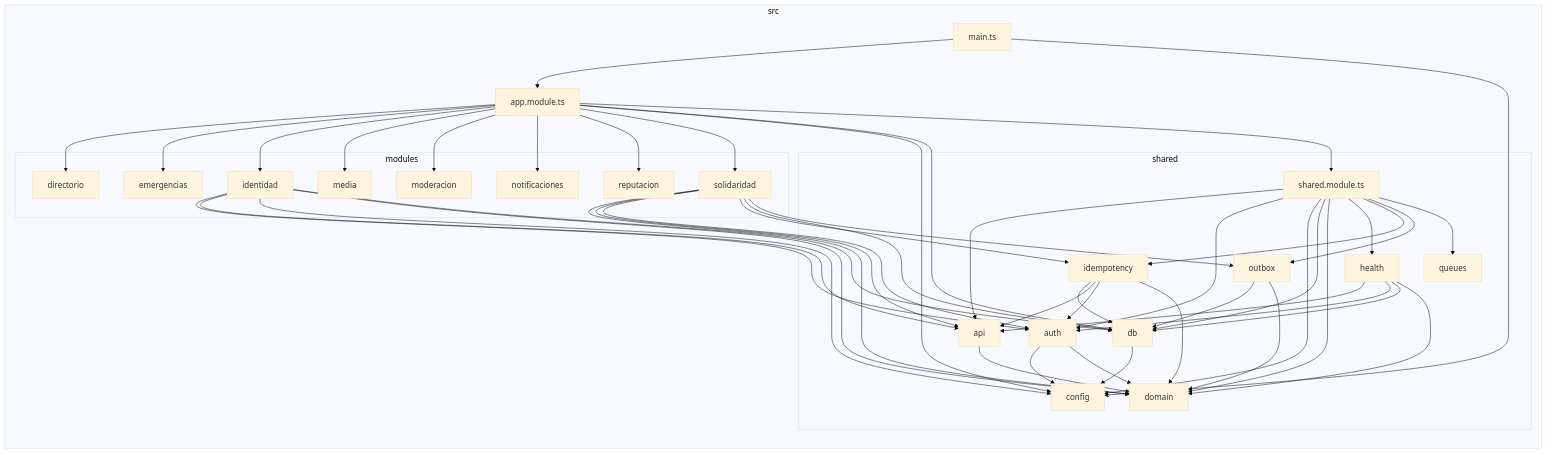
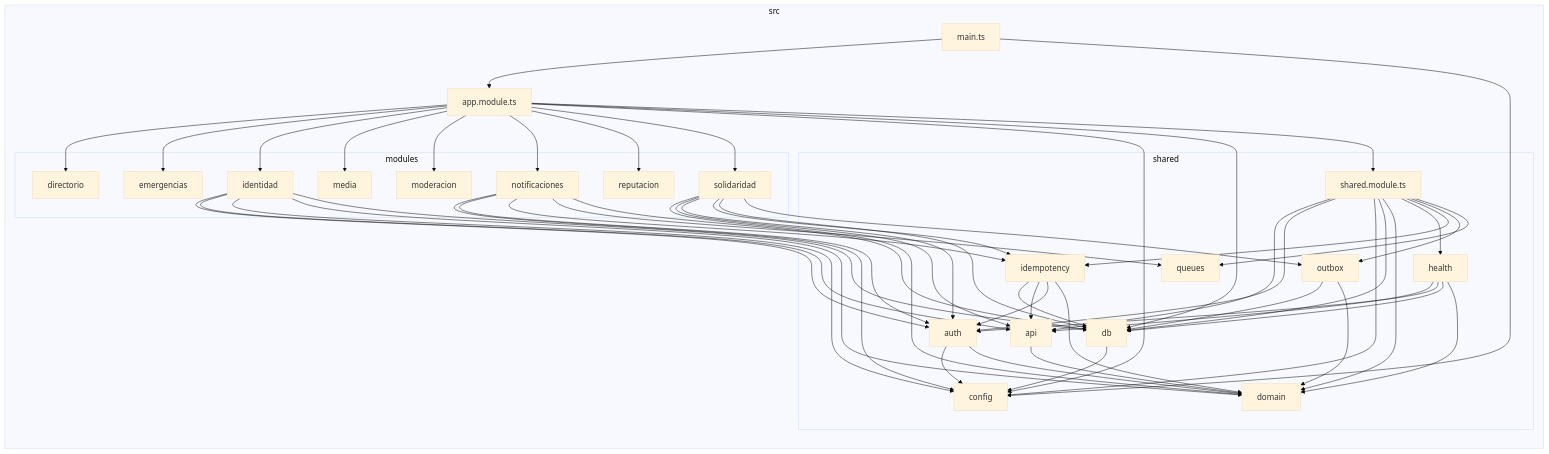
Before and after one commit to stefanods29/Hackathon-ElComercio-Shabat-Shalom: the diagram in docs/grafos/dependencias-backend.md, drawn with Mermaid (base theme). The commit also changed 6 other files, not shown here.

````diff
--- a/docs/grafos/dependencias-backend.md
+++ b/docs/grafos/dependencias-backend.md
@@ -7,77 +7,82 @@
 ```mermaid
 flowchart LR
 
 subgraph src["src"]
   src_app_module_ts["app.module.ts"]
   src_main_ts["main.ts"]
   subgraph src_modules["modules"]
     src_modules_directorio["directorio"]
     src_modules_emergencias["emergencias"]
     src_modules_identidad["identidad"]
     src_modules_media["media"]
     src_modules_moderacion["moderacion"]
     src_modules_notificaciones["notificaciones"]
     src_modules_reputacion["reputacion"]
     src_modules_solidaridad["solidaridad"]
   end
   subgraph src_shared["shared"]
     src_shared_api["api"]
     src_shared_auth["auth"]
     src_shared_config["config"]
     src_shared_db["db"]
     src_shared_domain["domain"]
     src_shared_health["health"]
     src_shared_idempotency["idempotency"]
     src_shared_outbox["outbox"]
     src_shared_queues["queues"]
     src_shared_shared_module_ts["shared.module.ts"]
   end
 end
 src_app_module_ts-->src_modules_directorio
 src_app_module_ts-->src_modules_emergencias
 src_app_module_ts-->src_modules_identidad
 src_app_module_ts-->src_modules_media
 src_app_module_ts-->src_modules_moderacion
 src_app_module_ts-->src_modules_notificaciones
 src_app_module_ts-->src_modules_reputacion
 src_app_module_ts-->src_modules_solidaridad
 src_app_module_ts-->src_shared_config
 src_app_module_ts-->src_shared_db
 src_app_module_ts-->src_shared_shared_module_ts
 src_main_ts-->src_app_module_ts
 src_main_ts-->src_shared_config
 src_modules_identidad-->src_shared_auth
 src_modules_identidad-->src_shared_api
 src_modules_identidad-->src_shared_config
 src_modules_identidad-->src_shared_domain
 src_modules_identidad-->src_shared_db
+src_modules_notificaciones-->src_shared_config
+src_modules_notificaciones-->src_shared_auth
+src_modules_notificaciones-->src_shared_idempotency
+src_modules_notificaciones-->src_shared_queues
+src_modules_notificaciones-->src_shared_db
 src_modules_solidaridad-->src_shared_domain
 src_modules_solidaridad-->src_shared_api
 src_modules_solidaridad-->src_shared_auth
 src_modules_solidaridad-->src_shared_idempotency
 src_modules_solidaridad-->src_shared_db
 src_modules_solidaridad-->src_shared_outbox
 src_shared_api-->src_shared_domain
 src_shared_auth-->src_shared_config
 src_shared_auth-->src_shared_domain
 src_shared_db-->src_shared_config
 src_shared_health-->src_shared_api
 src_shared_health-->src_shared_auth
 src_shared_health-->src_shared_db
 src_shared_health-->src_shared_domain
 src_shared_idempotency-->src_shared_db
 src_shared_idempotency-->src_shared_api
 src_shared_idempotency-->src_shared_auth
 src_shared_idempotency-->src_shared_domain
 src_shared_outbox-->src_shared_db
 src_shared_outbox-->src_shared_domain
 src_shared_shared_module_ts-->src_shared_api
 src_shared_shared_module_ts-->src_shared_auth
 src_shared_shared_module_ts-->src_shared_config
 src_shared_shared_module_ts-->src_shared_db
 src_shared_shared_module_ts-->src_shared_domain
 src_shared_shared_module_ts-->src_shared_health
 src_shared_shared_module_ts-->src_shared_idempotency
 src_shared_shared_module_ts-->src_shared_outbox
 src_shared_shared_module_ts-->src_shared_queues
 ```
````
